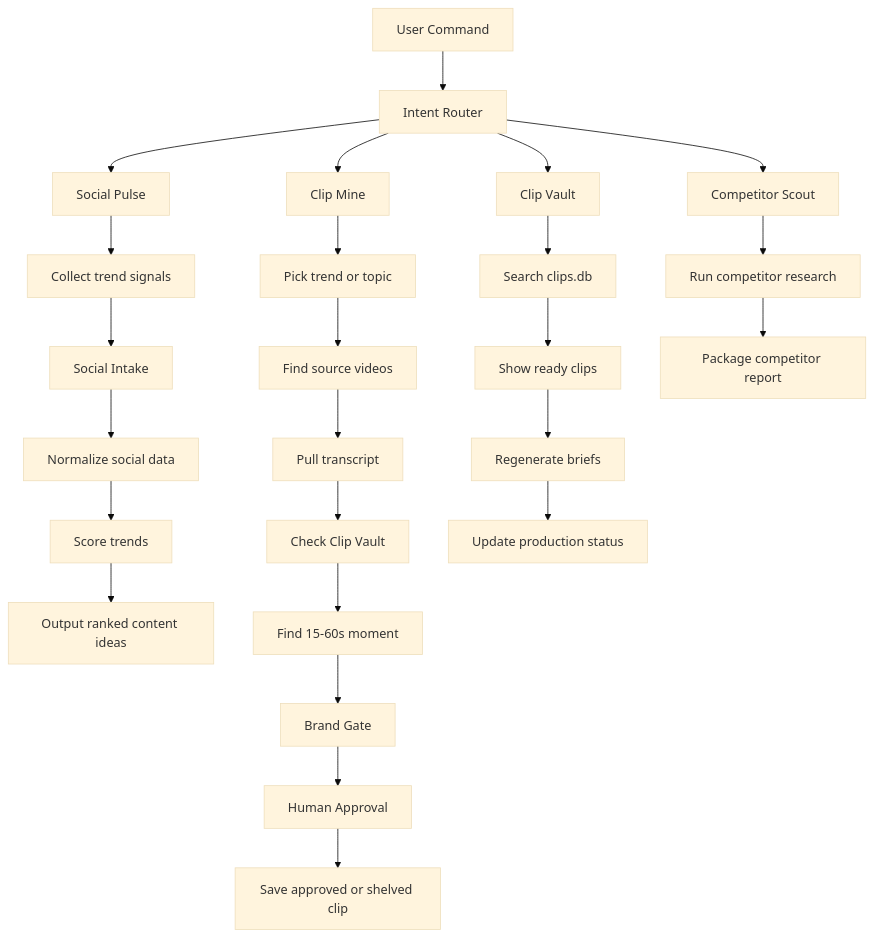
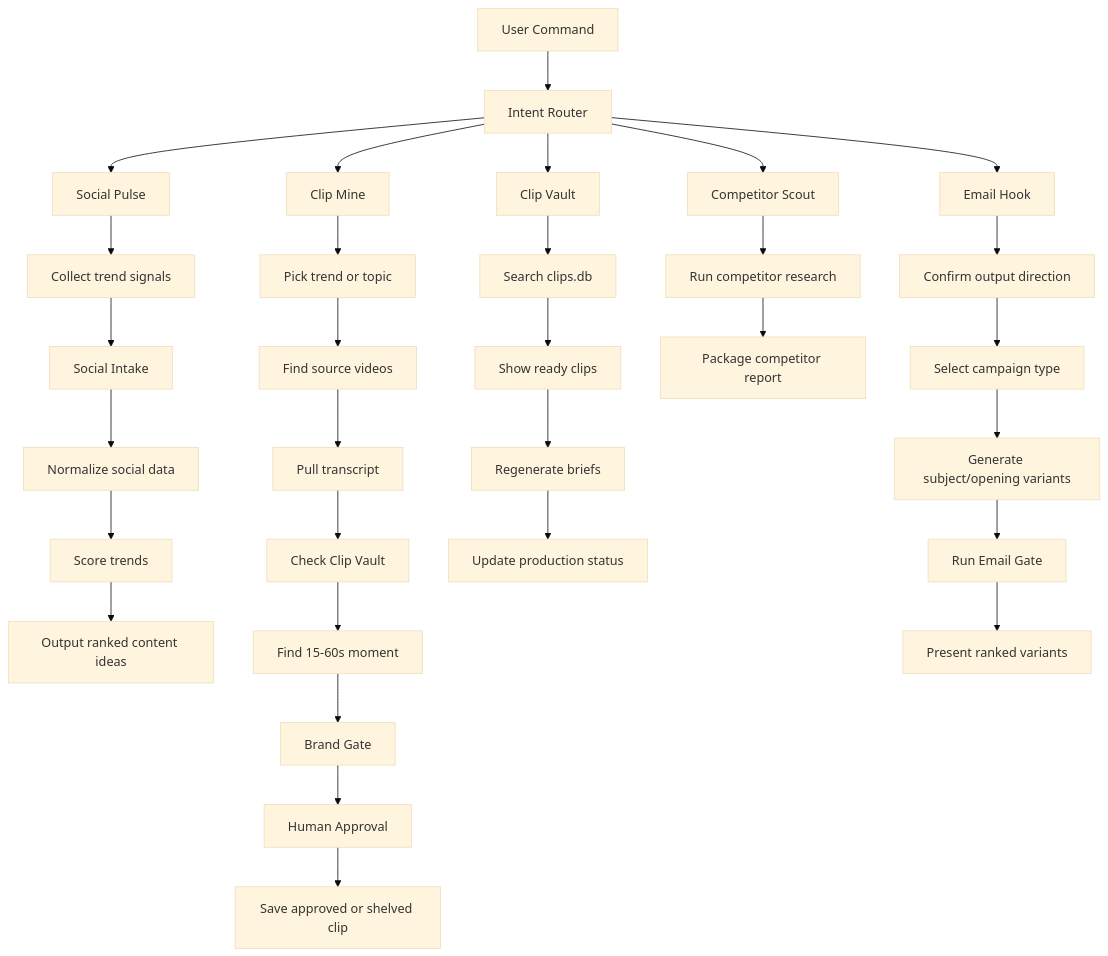
The first of 2 diagrams in ARCHITECTURE.md (fiestyelf/Goblin-Recon), drawn with Mermaid (base theme) before and after one commit. The commit also changed other lines of this file and 15 other files, not shown here.

Commit message:
feat: add email hook workflow

````diff
--- a/ARCHITECTURE.md
+++ b/ARCHITECTURE.md
@@ -19,32 +19,39 @@
 ```mermaid
 flowchart TD
     A[User Command] --> B[Intent Router]
 
     B --> C[Social Pulse]
     B --> D[Clip Mine]
     B --> E[Clip Vault]
     B --> F[Competitor Scout]
+    B --> G[Email Hook]
 
     C --> C1[Collect trend signals]
     C1 --> C2[Social Intake]
     C2 --> C3[Normalize social data]
     C3 --> C4[Score trends]
     C4 --> C5[Output ranked content ideas]
 
     D --> D1[Pick trend or topic]
     D1 --> D2[Find source videos]
     D2 --> D3[Pull transcript]
     D3 --> D4[Check Clip Vault]
     D4 --> D5[Find 15-60s moment]
     D5 --> D6[Brand Gate]
     D6 --> D7[Human Approval]
     D7 --> D8[Save approved or shelved clip]
 
     E --> E1[Search clips.db]
     E1 --> E2[Show ready clips]
     E2 --> E3[Regenerate briefs]
     E3 --> E4[Update production status]
 
     F --> F1[Run competitor research]
     F1 --> F2[Package competitor report]
+
+    G --> G1[Confirm output direction]
+    G1 --> G2[Select campaign type]
+    G2 --> G3[Generate subject/opening variants]
+    G3 --> G4[Run Email Gate]
+    G4 --> G5[Present ranked variants]
 ```
````
